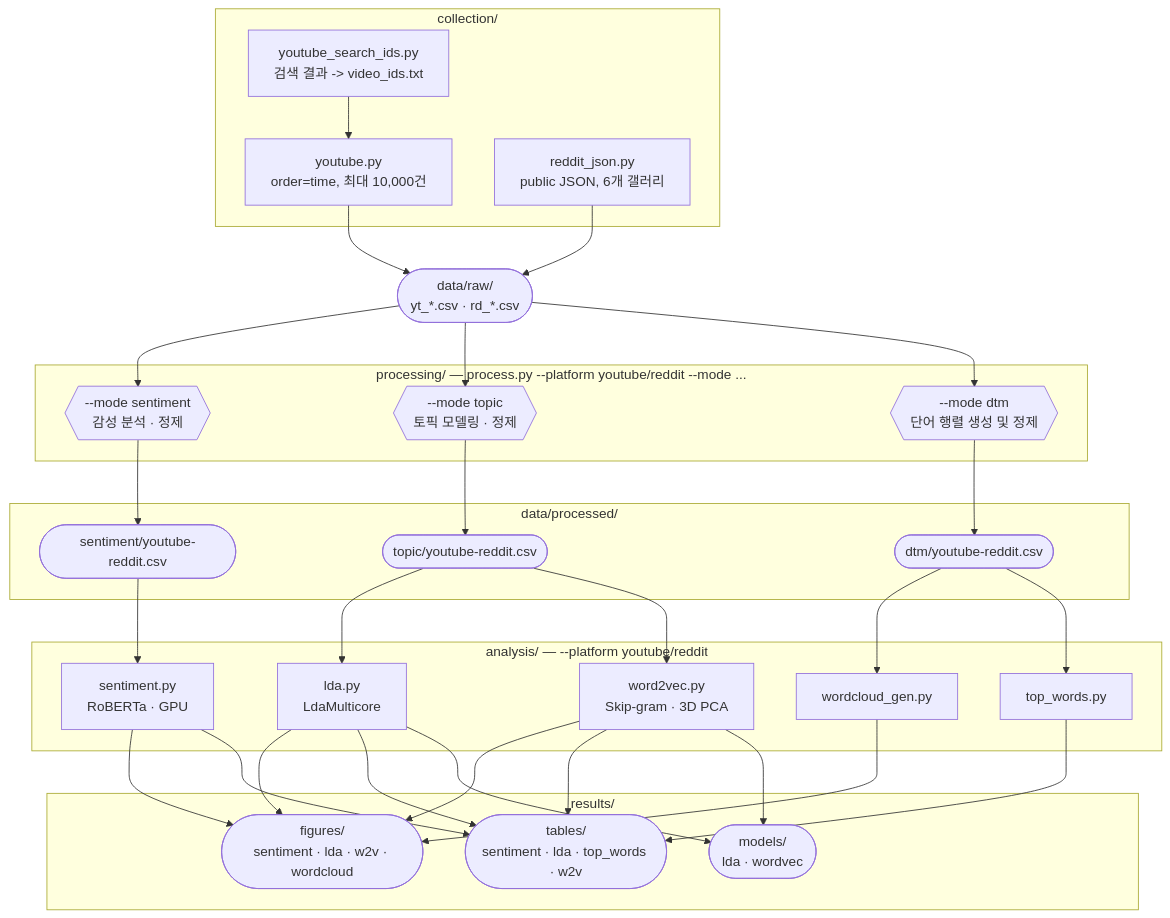
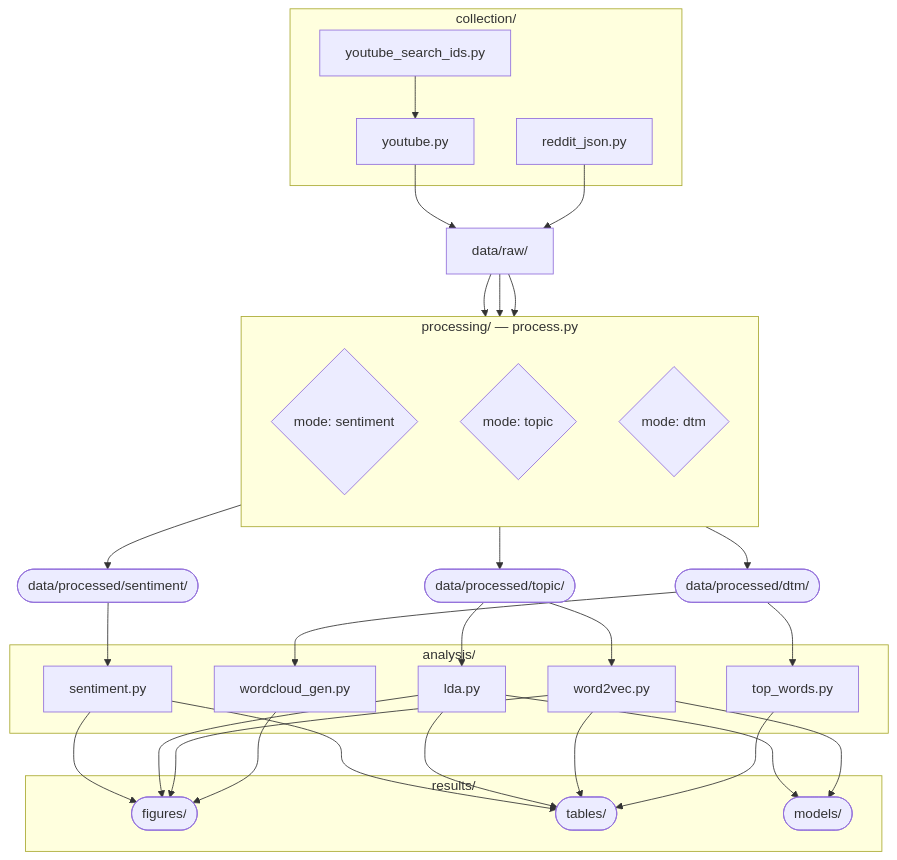
Before and after one commit to zenru1023/ai-music-sentiment: the diagram in README.md, drawn with Mermaid.

Commit message:
Re draw graph

````diff
--- a/README.md
+++ b/README.md
@@ -8,69 +8,49 @@
 ```mermaid
 graph TD
-    %% Collection Stage
-    subgraph collection ["collection/"]
-        A[youtube_search_ids.py<br/>검색 결과 -> video_ids.txt] --> B[youtube.py<br/>order=time, 최대 10,000건]
-        C[reddit_json.py<br/>public JSON, 6개 갤러리]
+    %% Collection Phase
+    subgraph collection [collection/]
+        A[youtube_search_ids.py] --> B[youtube.py]
+        C[reddit_json.py]
     end
 
-    %% Raw Data
-    B --> D([data/raw/<br/>yt_*.csv · rd_*.csv])
-    C --> D
+    B & C --> D[data/raw/]
 
-    %% Processing Stage
-    subgraph processing ["processing/ — process.py --platform youtube/reddit --mode ..."]
-        E{{--mode sentiment<br/>감성 분석 · 정제}}
-        F{{--mode topic<br/>토픽 모델링 · 정제}}
-        G{{--mode dtm<br/>단어 행렬 생성 및 정제}}
+    %% Processing Phase
+    subgraph processing [processing/ — process.py]
+        direction TB
+        E{mode: sentiment}
+        F{mode: topic}
+        G{mode: dtm}
     end
 
-    D --> E
-    D --> F
-    D --> G
+    D --> E & F & G
 
     %% Processed Data
-    subgraph processed_data ["data/processed/"]
-        H([sentiment/youtube-reddit.csv])
-        I([topic/youtube-reddit.csv])
-        J([dtm/youtube-reddit.csv])
-    end
+    E --> H([data/processed/sentiment/])
+    F --> I([data/processed/topic/])
+    G --> J([data/processed/dtm/])
 
-    E --> H
-    F --> I
-    G --> J
-
-    %% Analysis Stage
-    subgraph analysis ["analysis/ — --platform youtube/reddit"]
-        K[sentiment.py<br/>RoBERTa · GPU]
-        L[lda.py<br/>LdaMulticore]
-        M[word2vec.py<br/>Skip-gram · 3D PCA]
+    %% Analysis Phase
+    subgraph analysis [analysis/]
+        K[sentiment.py]
+        L[lda.py]
+        M[word2vec.py]
         N[wordcloud_gen.py]
         O[top_words.py]
     end
 
     H --> K
-    I --> L
-    I --> M
-    J --> N
-    J --> O
+    I --> L & M
+    J --> N & O
 
-    %% Results Stage
-    subgraph results ["results/"]
-        P([figures/<br/>sentiment · lda · w2v · wordcloud])
-        Q([tables/<br/>sentiment · lda · top_words · w2v])
-        R([models/<br/>lda · wordvec])
+    %% Results Phase
+    subgraph results [results/]
+        P([figures/])
+        Q([tables/])
+        R([models/])
     end
 
-    K --> P
-    L --> P
-    M --> P
-    N --> P
-
-    K --> Q
-    L --> Q
-    O --> Q
-    M --> Q
-
-    L --> R
-    M --> R
+    K & L & M & N --> P
+    K & L & M & O --> Q
+    L & M --> R
 ```
````
